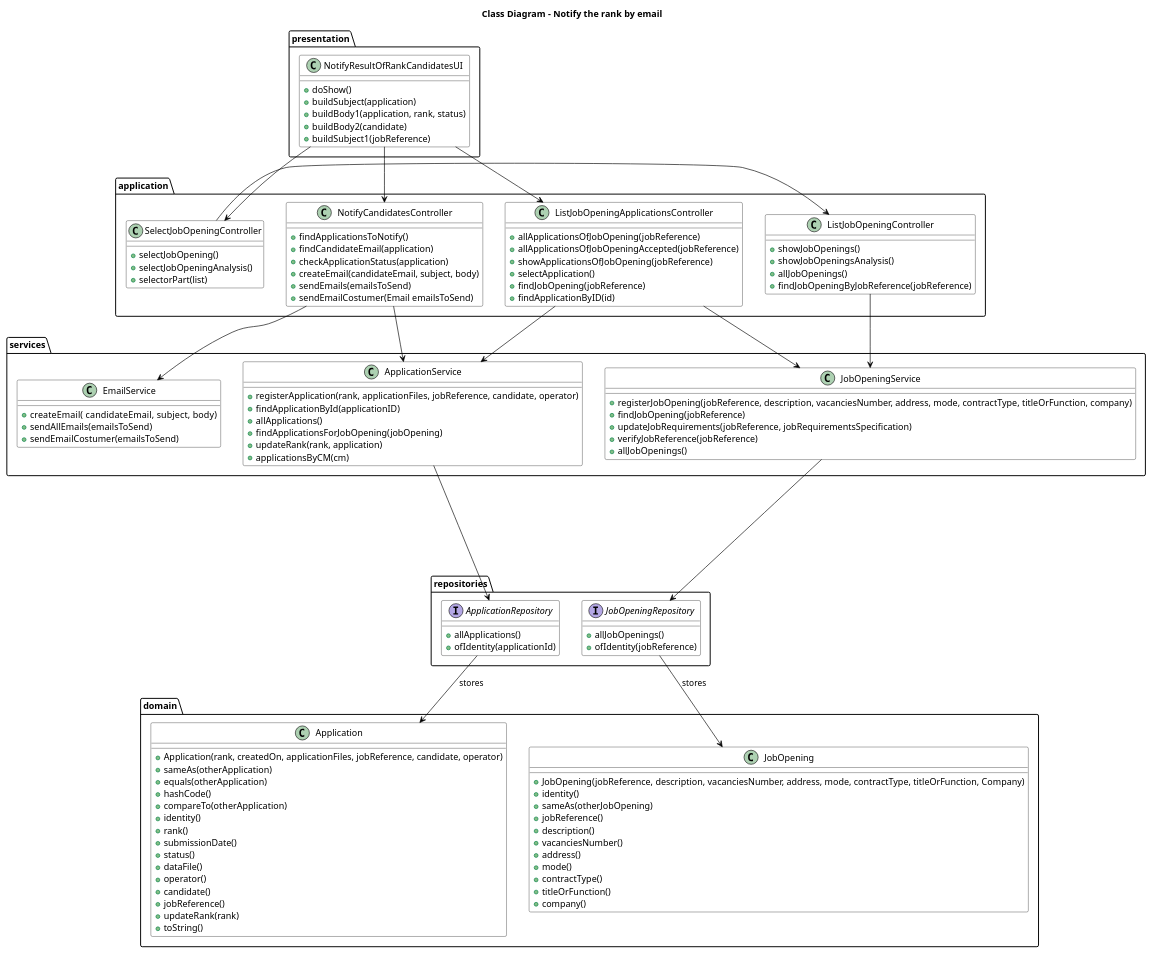
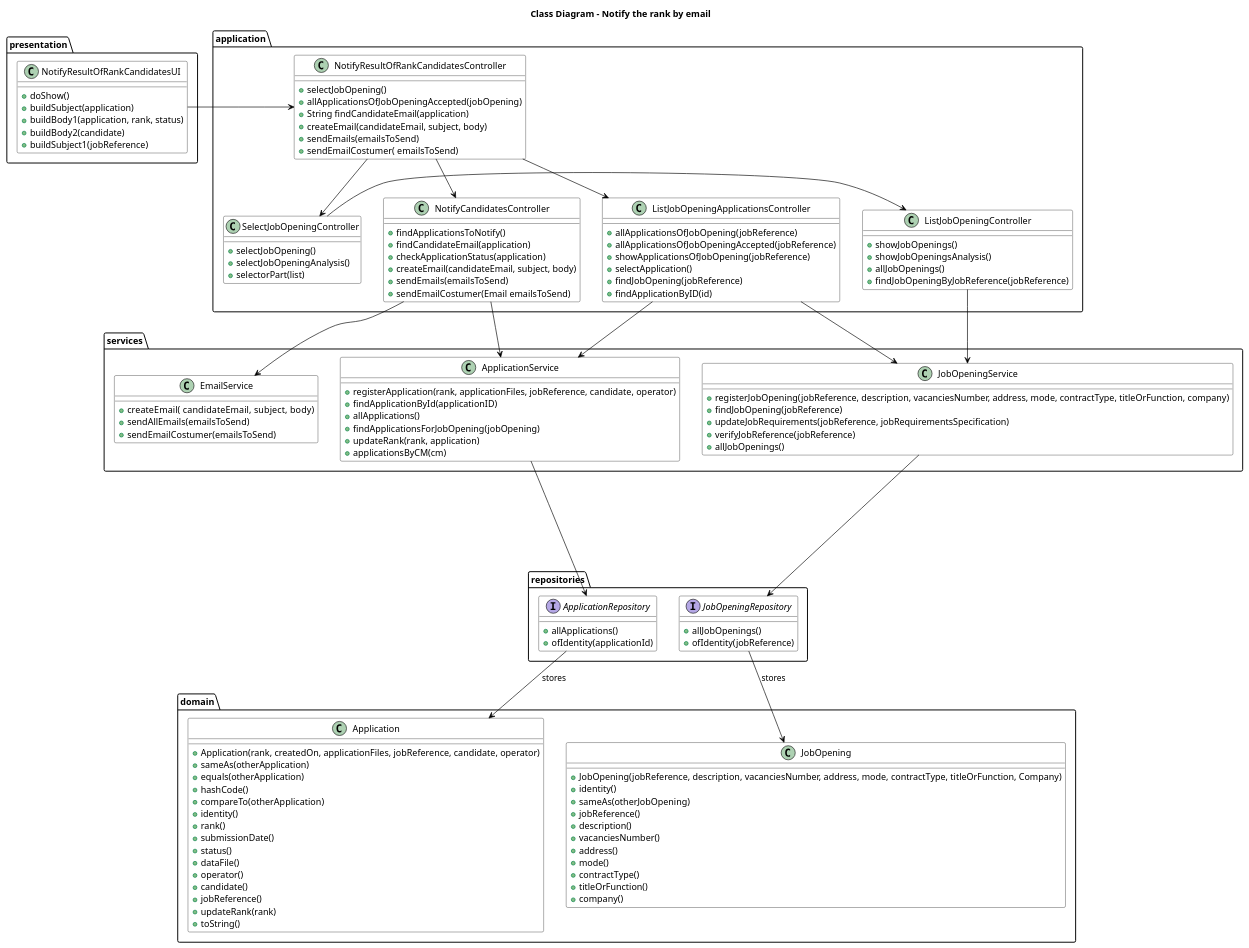
Before and after one commit to MiguelCardoso77/LAPR4: the diagram in docs/SprintC/12-notify-rank-by-email/class-diagram.puml, drawn with PlantUML. The commit also changed 9 other files, not shown here.

```diff
--- a/docs/SprintC/12-notify-rank-by-email/class-diagram.puml
+++ b/docs/SprintC/12-notify-rank-by-email/class-diagram.puml
@@ -1,149 +1,160 @@
 @startuml
 skinparam class {
     BackgroundColor White
     ArrowColor Black
     BorderColor Black
     FontColor Black
     FontSize 14
 }
 
 Title "Class Diagram - Notify the rank by email"
 
 package "presentation" {
     class NotifyResultOfRankCandidatesUI {
         + doShow()
         + buildSubject(application)
         + buildBody1(application, rank, status)
         + buildBody2(candidate)
         + buildSubject1(jobReference)
     }
 }
 
 
 package "application" {
+
+    class NotifyResultOfRankCandidatesController{
+        + selectJobOpening()
+        + allApplicationsOfJobOpeningAccepted(jobOpening)
+        + String findCandidateEmail(application)
+        + createEmail(candidateEmail, subject, body)
+        + sendEmails(emailsToSend)
+        + sendEmailCostumer( emailsToSend)
+    }
 
     class NotifyCandidatesController{
         + findApplicationsToNotify()
         + findCandidateEmail(application)
         + checkApplicationStatus(application)
         + createEmail(candidateEmail, subject, body)
         + sendEmails(emailsToSend)
         + sendEmailCostumer(Email emailsToSend)
     }
 
     class SelectJobOpeningController {
         + selectJobOpening()
         + selectJobOpeningAnalysis()
         + selectorPart(list)
     }
 
     class ListJobOpeningApplicationsController {
         + allApplicationsOfJobOpening(jobReference)
         + allApplicationsOfJobOpeningAccepted(jobReference)
         + showApplicationsOfJobOpening(jobReference)
         + selectApplication()
         + findJobOpening(jobReference)
         + findApplicationByID(id)
     }
 
     class ListJobOpeningController {
          + showJobOpenings()
          + showJobOpeningsAnalysis()
          + allJobOpenings()
          + findJobOpeningByJobReference(jobReference)
          }
 
 }
 
     package "services" {
             class ApplicationService {
                 + registerApplication(rank, applicationFiles, jobReference, candidate, operator)
                 + findApplicationById(applicationID)
                 + allApplications()
                 + findApplicationsForJobOpening(jobOpening)
                 + updateRank(rank, application)
                 + applicationsByCM(cm)
             }
 
             class JobOpeningService {
                 + registerJobOpening(jobReference, description, vacanciesNumber, address, mode, contractType, titleOrFunction, company)
                 + findJobOpening(jobReference)
                 + updateJobRequirements(jobReference, jobRequirementsSpecification)
                 + verifyJobReference(jobReference)
                 + allJobOpenings()
             }
             class EmailService {
                  + createEmail( candidateEmail,  subject,  body)
                  + sendAllEmails(emailsToSend)
                  + sendEmailCostumer(emailsToSend)
             }
     }
 
 package "repositories" {
             interface ApplicationRepository {
                 + allApplications()
                 + ofIdentity(applicationId)
             }
 
             interface JobOpeningRepository {
                 + allJobOpenings()
                 + ofIdentity(jobReference)
             }
         }
 
 
 package "domain" {
     class Application {
         + Application(rank, createdOn, applicationFiles, jobReference, candidate, operator)
         + sameAs(otherApplication)
         + equals(otherApplication)
         + hashCode()
         + compareTo(otherApplication)
         + identity()
         + rank()
         + submissionDate()
         + status()
         + dataFile()
         + operator()
         + candidate()
         + jobReference()
         + updateRank(rank)
         + toString()
     }
 
     class JobOpening {
         + JobOpening(jobReference, description, vacanciesNumber, address, mode, contractType, titleOrFunction, Company)
         + identity()
         + sameAs(otherJobOpening)
         + jobReference()
         + description()
         + vacanciesNumber()
         + address()
         + mode()
         + contractType()
         + titleOrFunction()
         + company()
     }
 
  }
+NotifyResultOfRankCandidatesUI -> NotifyResultOfRankCandidatesController
 
-NotifyResultOfRankCandidatesUI --> SelectJobOpeningController
+NotifyResultOfRankCandidatesController --> ListJobOpeningApplicationsController
+NotifyResultOfRankCandidatesController --> NotifyCandidatesController
+NotifyResultOfRankCandidatesController --> SelectJobOpeningController
 SelectJobOpeningController -> ListJobOpeningController
-NotifyResultOfRankCandidatesUI --> ListJobOpeningApplicationsController
-NotifyResultOfRankCandidatesUI --> NotifyCandidatesController
+
 
 JobOpeningService ----> JobOpeningRepository
 ApplicationService ----> ApplicationRepository
 
 ApplicationRepository --> Application : stores
 JobOpeningRepository --> JobOpening : stores
 
 ListJobOpeningApplicationsController --> JobOpeningService
 ListJobOpeningApplicationsController --> ApplicationService
 
 ListJobOpeningController -> JobOpeningService
 
 NotifyCandidatesController -> EmailService
 NotifyCandidatesController -> ApplicationService
 
 @enduml
```
